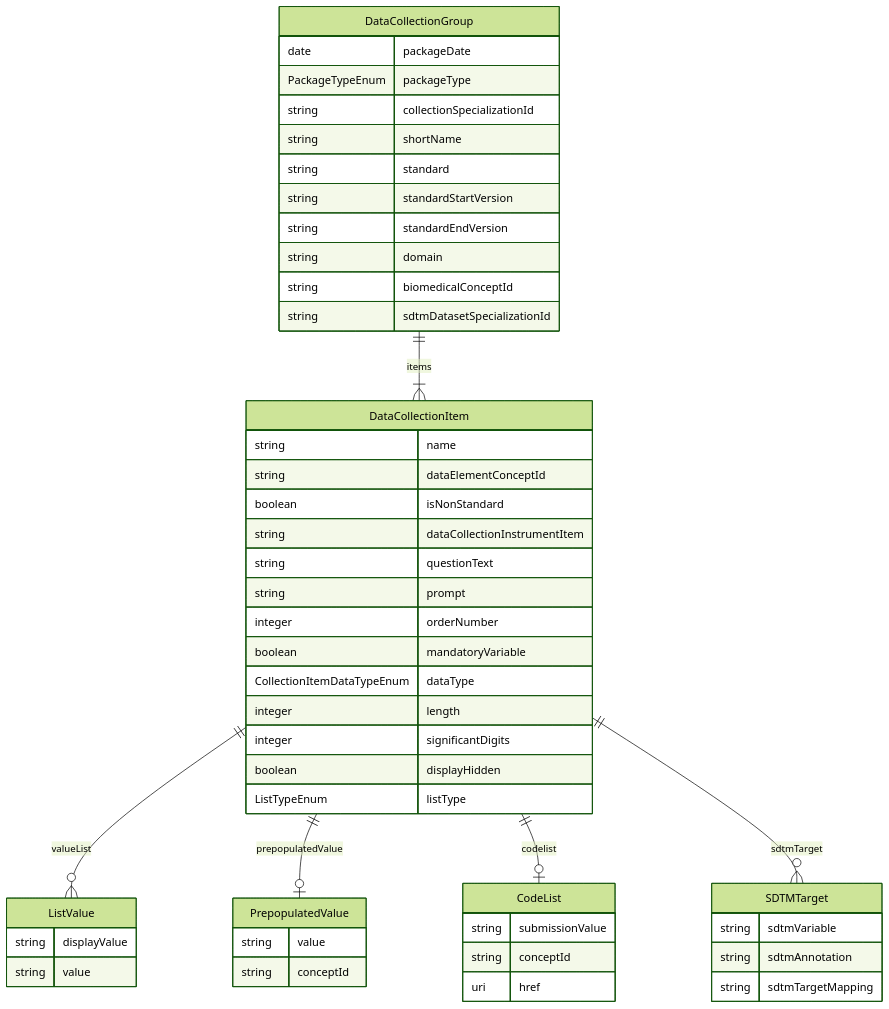
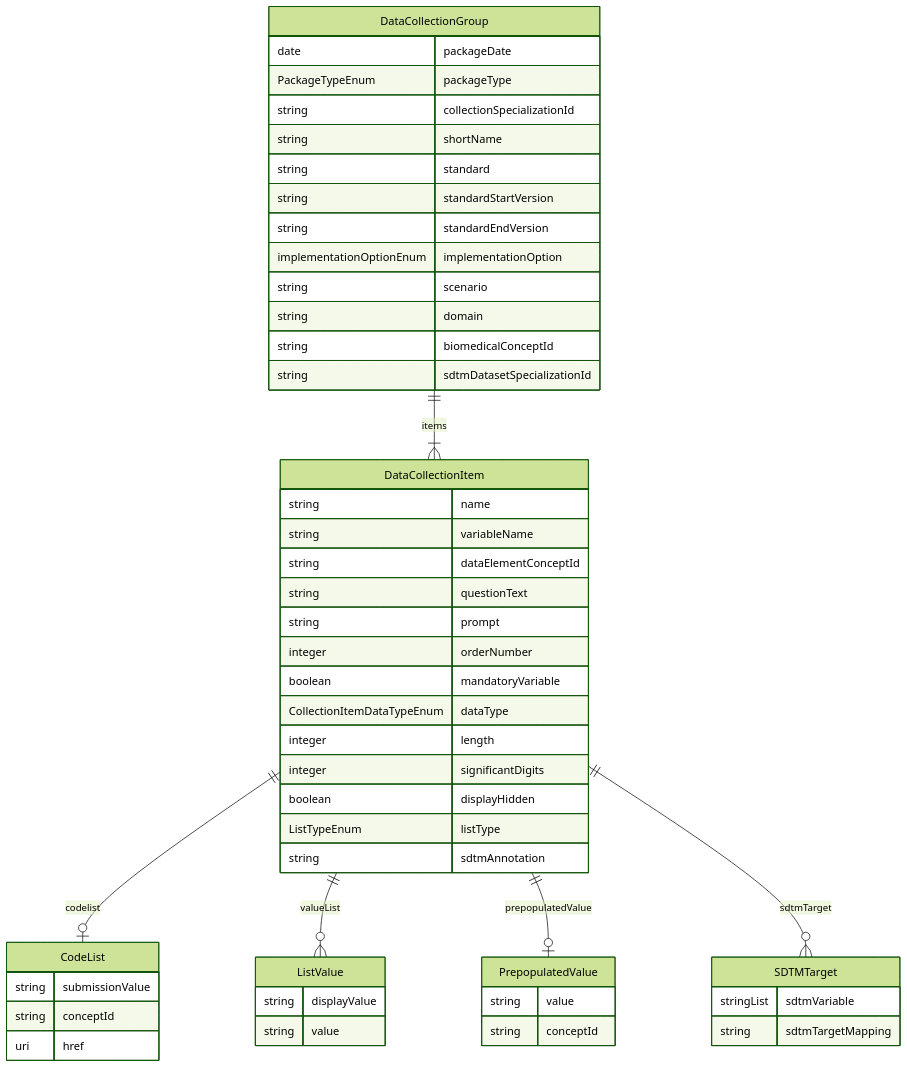
Before and after one commit to cdisc-org/COSMoS: the diagram in model/cosmos_collection_bc_model.md, drawn with Mermaid (forest theme). The commit also changed 127 other files, not shown here.

Commit message:
update data collection model

````diff
--- a/model/cosmos_collection_bc_model.md
+++ b/model/cosmos_collection_bc_model.md
@@ -1,55 +1,56 @@
 ```mermaid
 erDiagram
 DataCollectionGroup {
     date packageDate  
     PackageTypeEnum packageType  
     string collectionSpecializationId  
     string shortName  
     string standard  
     string standardStartVersion  
     string standardEndVersion  
+    implementationOptionEnum implementationOption  
+    string scenario  
     string domain  
     string biomedicalConceptId  
     string sdtmDatasetSpecializationId  
 }
 DataCollectionItem {
     string name  
+    string variableName  
     string dataElementConceptId  
-    boolean isNonStandard  
-    string dataCollectionInstrumentItem  
     string questionText  
     string prompt  
     integer orderNumber  
     boolean mandatoryVariable  
     CollectionItemDataTypeEnum dataType  
     integer length  
     integer significantDigits  
     boolean displayHidden  
     ListTypeEnum listType  
+    string sdtmAnnotation  
 }
 ListValue {
     string displayValue  
     string value  
 }
 PrepopulatedValue {
     string value  
     string conceptId  
 }
 CodeList {
     string submissionValue  
     string conceptId  
     uri href  
 }
 SDTMTarget {
-    string sdtmVariable  
-    string sdtmAnnotation  
+    stringList sdtmVariable  
     string sdtmTargetMapping  
 }
 
 DataCollectionGroup ||--}| DataCollectionItem : "items"
+DataCollectionItem ||--|o CodeList : "codelist"
 DataCollectionItem ||--}o ListValue : "valueList"
 DataCollectionItem ||--|o PrepopulatedValue : "prepopulatedValue"
-DataCollectionItem ||--|o CodeList : "codelist"
 DataCollectionItem ||--}o SDTMTarget : "sdtmTarget"
 
 ```
````
